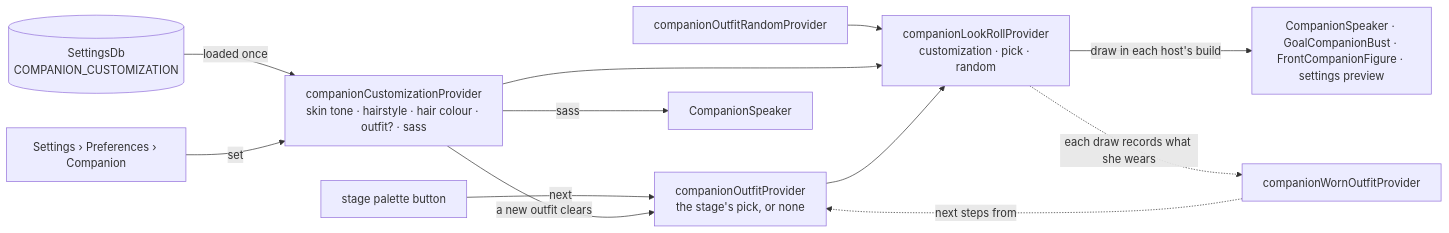
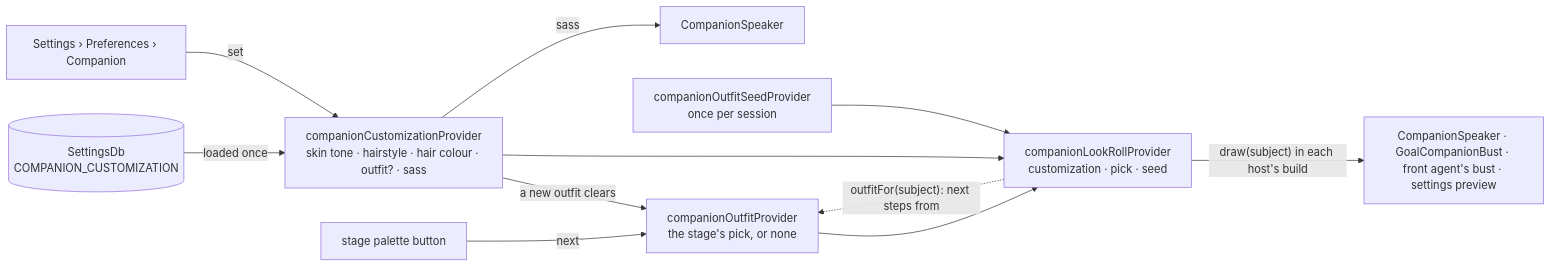
Before and after one commit to matthiasn/lotti: the sixth of 11 diagrams in knowledge/features/companion.md, drawn with Mermaid. The commit also changed other lines of this file and 21 other files, not shown here.

Commit message:
fix(companion): steady surprise outfit per subject; nicer curls, afro and locs

````diff
--- a/knowledge/features/companion.md
+++ b/knowledge/features/companion.md
@@ -444,14 +449,13 @@
 ```mermaid
 flowchart LR
   DB[(SettingsDb<br/>COMPANION_CUSTOMIZATION)] -->|loaded once| C[companionCustomizationProvider<br/>skin tone · hairstyle · hair colour · outfit? · sass]
   Settings[Settings › Preferences › Companion] -->|set| C
   Stage[stage palette button] -->|next| P[companionOutfitProvider<br/>the stage's pick, or none]
   C -->|a new outfit clears| P
-  R[companionOutfitRandomProvider] --> Roll
-  C --> Roll[companionLookRollProvider<br/>customization · pick · random]
+  R[companionOutfitSeedProvider<br/>once per session] --> Roll
+  C --> Roll[companionLookRollProvider<br/>customization · pick · seed]
   P --> Roll
-  Roll -->|draw in each host's build| Hosts[CompanionSpeaker · GoalCompanionBust · FrontCompanionFigure · settings preview]
-  Roll -.->|each draw records what she wears| W[companionWornOutfitProvider]
-  W -.->|next steps from| P
+  Roll -->|"draw(subject) in each host's build"| Hosts[CompanionSpeaker · GoalCompanionBust · front agent's bust · settings preview]
+  Roll -.->|"outfitFor(subject): next steps from"| P
   C -->|sass| Speaker[CompanionSpeaker]
 ```
````
